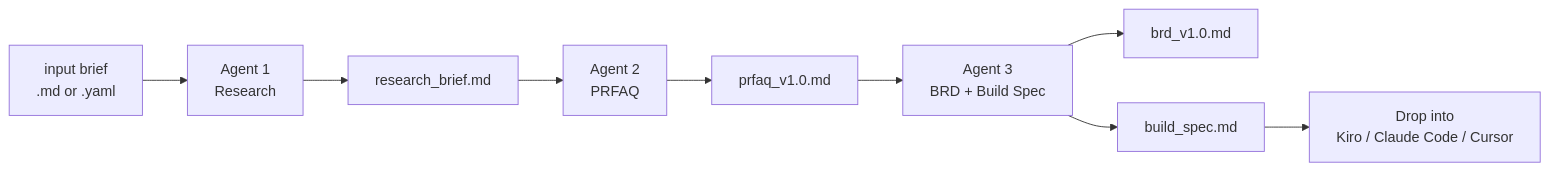
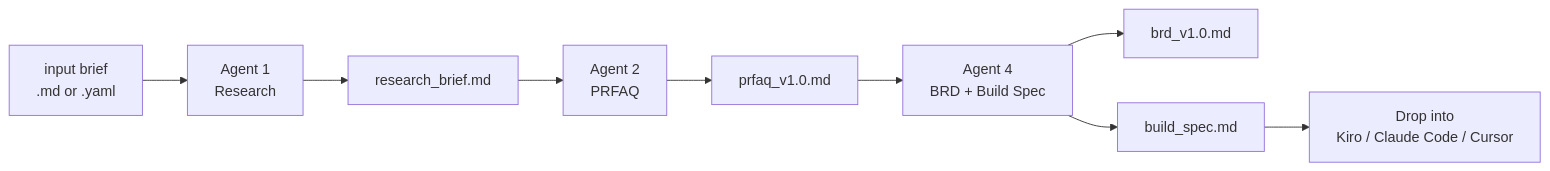
One commit to joegarvey-ai/pm-working-backwards-agent changed the diagram in README.md. Above: the diagram before and after it, drawn with Mermaid. The commit also changed other lines of this file and 16 other files, not shown here.

````diff
--- a/README.md
+++ b/README.md
@@ -9,11 +9,11 @@
 ```mermaid
 flowchart LR
     A[input brief<br/>.md or .yaml] --> B[Agent 1<br/>Research]
     B --> C[research_brief.md]
     C --> D[Agent 2<br/>PRFAQ]
     D --> E[prfaq_v1.0.md]
-    E --> F[Agent 3<br/>BRD + Build Spec]
+    E --> F[Agent 4<br/>BRD + Build Spec]
     F --> G[brd_v1.0.md]
     F --> I[build_spec.md]
     I --> J[Drop into<br/>Kiro / Claude Code / Cursor]
 ```
````
